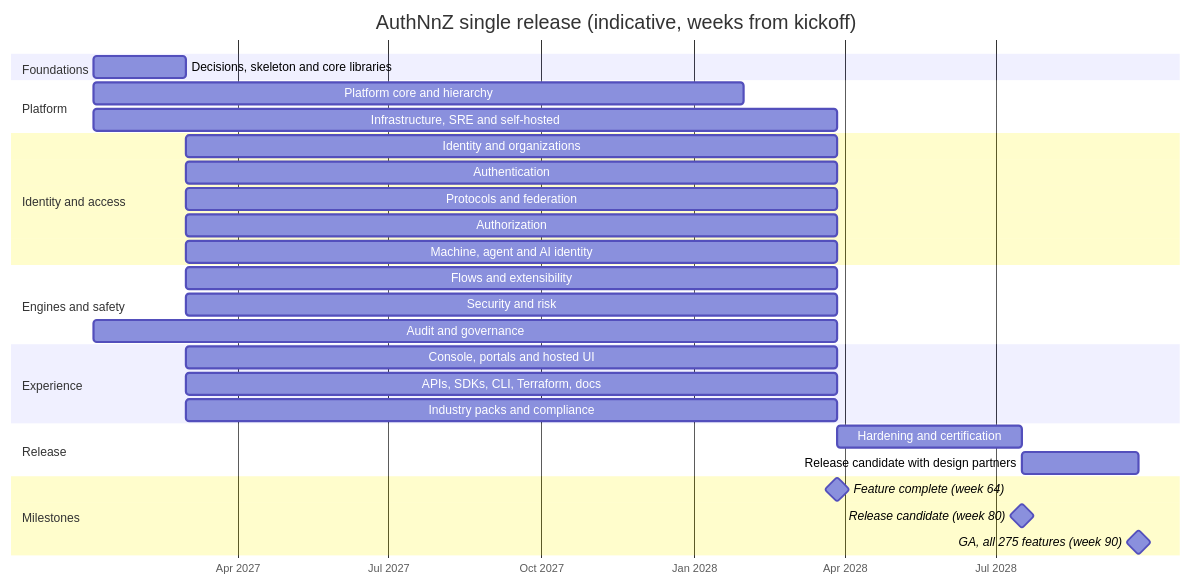
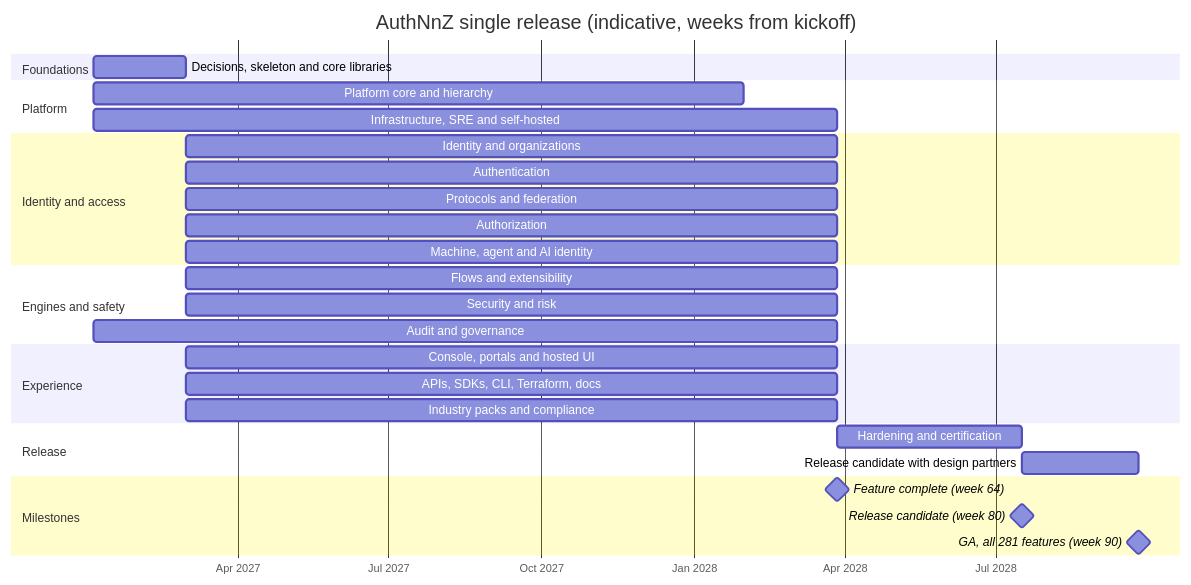
The diagram in docs/plan/05-roadmap-and-delivery.md (antonyrejith/AuthNnZ), drawn with Mermaid before and after one commit. The commit also changed other lines of this file and 10 other files, not shown here.

````diff
--- a/docs/plan/05-roadmap-and-delivery.md
+++ b/docs/plan/05-roadmap-and-delivery.md
@@ -37,32 +37,32 @@
 ```mermaid
 gantt
     title AuthNnZ single release (indicative, weeks from kickoff)
     dateFormat YYYY-MM-DD
     axisFormat %b %Y
     section Foundations
     Decisions, skeleton and core libraries :f, 2027-01-04, 8w
     section Platform
     Platform core and hierarchy          :2027-01-04, 56w
     Infrastructure, SRE and self-hosted  :2027-01-04, 64w
     section Identity and access
     Identity and organizations           :2027-03-01, 56w
     Authentication                       :2027-03-01, 56w
     Protocols and federation             :2027-03-01, 56w
     Authorization                        :2027-03-01, 56w
     Machine, agent and AI identity       :2027-03-01, 56w
     section Engines and safety
     Flows and extensibility              :2027-03-01, 56w
     Security and risk                    :2027-03-01, 56w
     Audit and governance                 :2027-01-04, 64w
     section Experience
     Console, portals and hosted UI       :2027-03-01, 56w
     APIs, SDKs, CLI, Terraform, docs     :2027-03-01, 56w
     Industry packs and compliance        :2027-03-01, 56w
     section Release
     Hardening and certification          :h, 2028-03-27, 16w
     Release candidate with design partners :rc, 2028-07-17, 10w
     section Milestones
     Feature complete (week 64)           :milestone, 2028-03-27, 0d
     Release candidate (week 80)          :milestone, 2028-07-17, 0d
-    GA, all 275 features (week 90)       :milestone, 2028-09-25, 0d
+    GA, all 281 features (week 90)       :milestone, 2028-09-25, 0d
 ```
````
